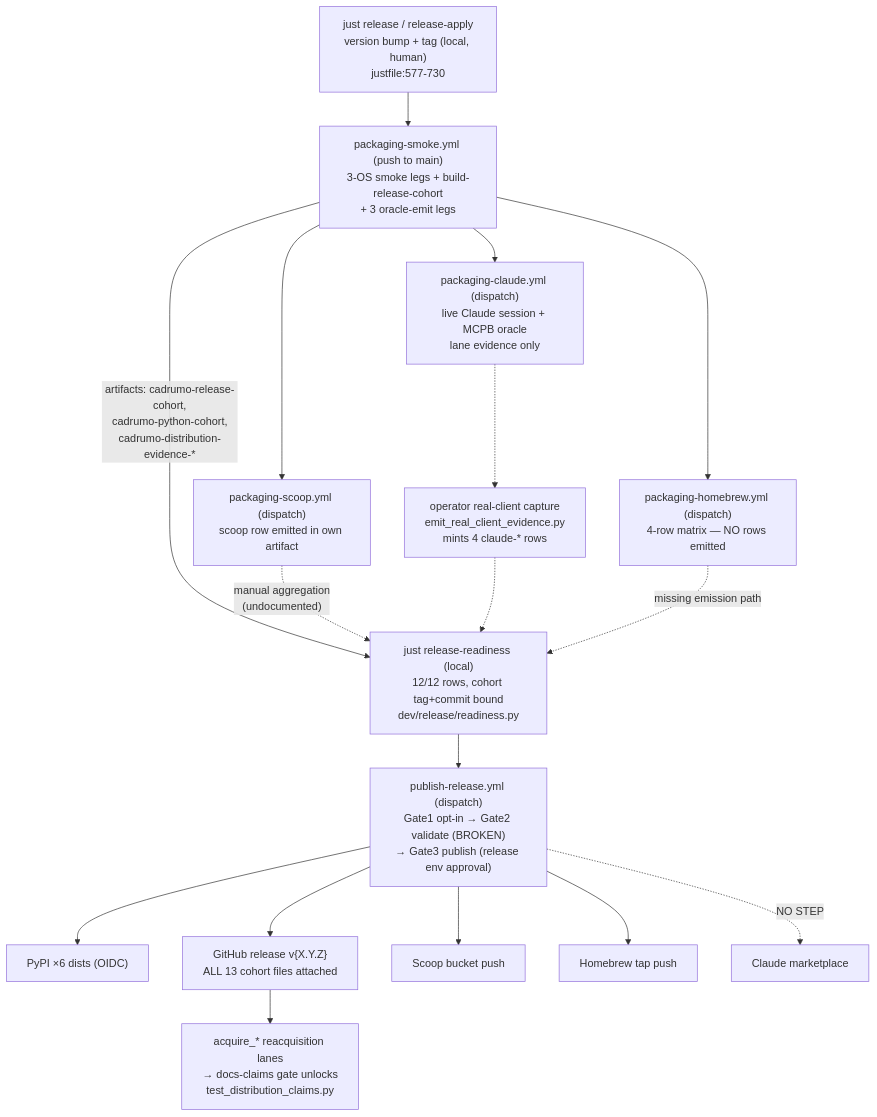
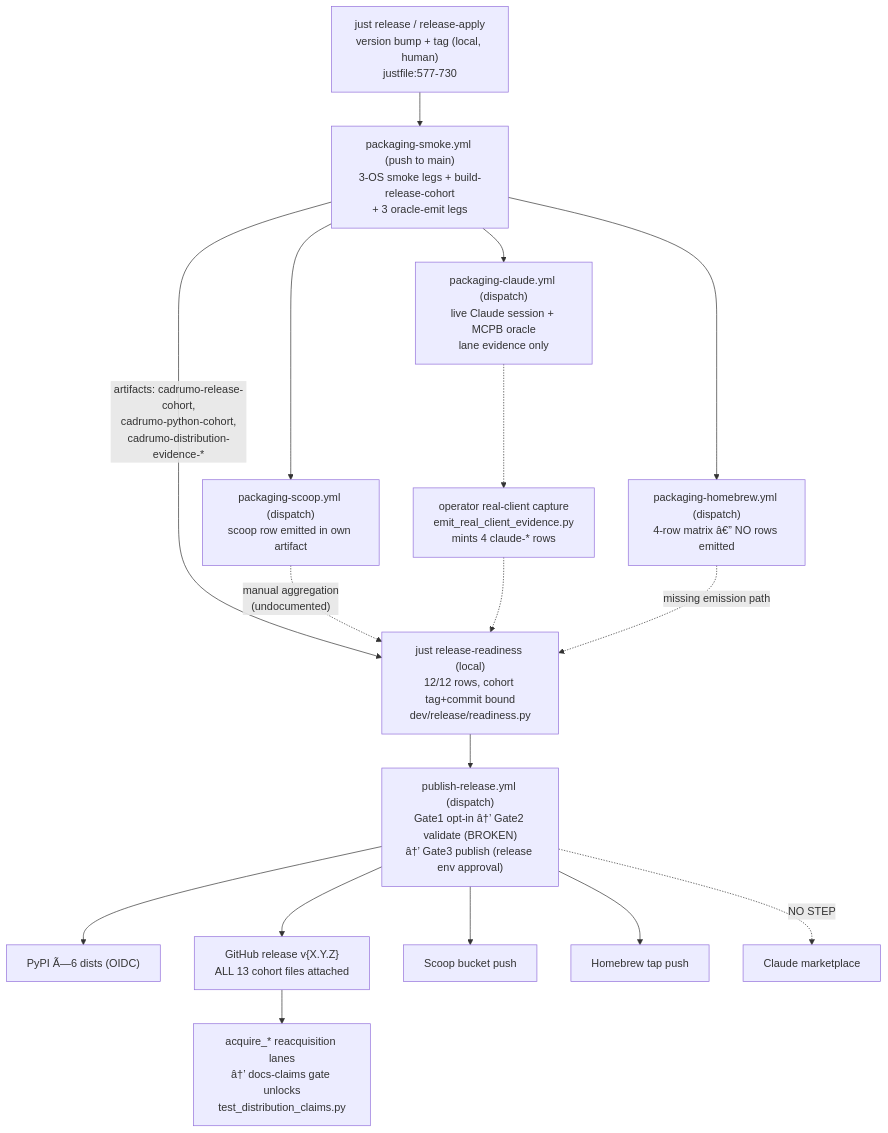
The diagram in .vault/reference/2026-07-19-post-release-distribution-reference.md (nevenincs/cadrumo), drawn with Mermaid before and after one commit. The commit also changed other lines of this file and 12 other files, not shown here.

````diff
--- a/.vault/reference/2026-07-19-post-release-distribution-reference.md
+++ b/.vault/reference/2026-07-19-post-release-distribution-reference.md
@@ -191,19 +191,19 @@
 ```mermaid
 flowchart TD
     A["just release / release-apply<br/>version bump + tag (local, human)<br/>justfile:577-730"] --> B
     B["packaging-smoke.yml (push to main)<br/>3-OS smoke legs + build-release-cohort<br/>+ 3 oracle-emit legs"] -->|"artifacts: cadrumo-release-cohort,<br/>cadrumo-python-cohort,<br/>cadrumo-distribution-evidence-*"| C
     B --> D["packaging-scoop.yml (dispatch)<br/>scoop row emitted in own artifact"]
-    B --> E["packaging-homebrew.yml (dispatch)<br/>4-row matrix — NO rows emitted"]
+    B --> E["packaging-homebrew.yml (dispatch)<br/>4-row matrix â€” NO rows emitted"]
     B --> F["packaging-claude.yml (dispatch)<br/>live Claude session + MCPB oracle<br/>lane evidence only"]
     F -.-> G["operator real-client capture<br/>emit_real_client_evidence.py<br/>mints 4 claude-* rows"]
     C["just release-readiness (local)<br/>12/12 rows, cohort tag+commit bound<br/>dev/release/readiness.py"] --> H
     D -.->|"manual aggregation<br/>(undocumented)"| C
     G -.-> C
     E -.->|"missing emission path"| C
-    H["publish-release.yml (dispatch)<br/>Gate1 opt-in → Gate2 validate (BROKEN)<br/>→ Gate3 publish (release env approval)"] --> I["PyPI ×6 dists (OIDC)"]
+    H["publish-release.yml (dispatch)<br/>Gate1 opt-in â†’ Gate2 validate (BROKEN)<br/>â†’ Gate3 publish (release env approval)"] --> I["PyPI Ã—6 dists (OIDC)"]
     H --> J["GitHub release v{X.Y.Z}<br/>ALL 13 cohort files attached"]
     H --> K["Scoop bucket push"]
     H --> L["Homebrew tap push"]
     H -.->|"NO STEP"| M["Claude marketplace"]
-    J --> N["acquire_* reacquisition lanes<br/>→ docs-claims gate unlocks<br/>test_distribution_claims.py"]
+    J --> N["acquire_* reacquisition lanes<br/>â†’ docs-claims gate unlocks<br/>test_distribution_claims.py"]
 ```
````
